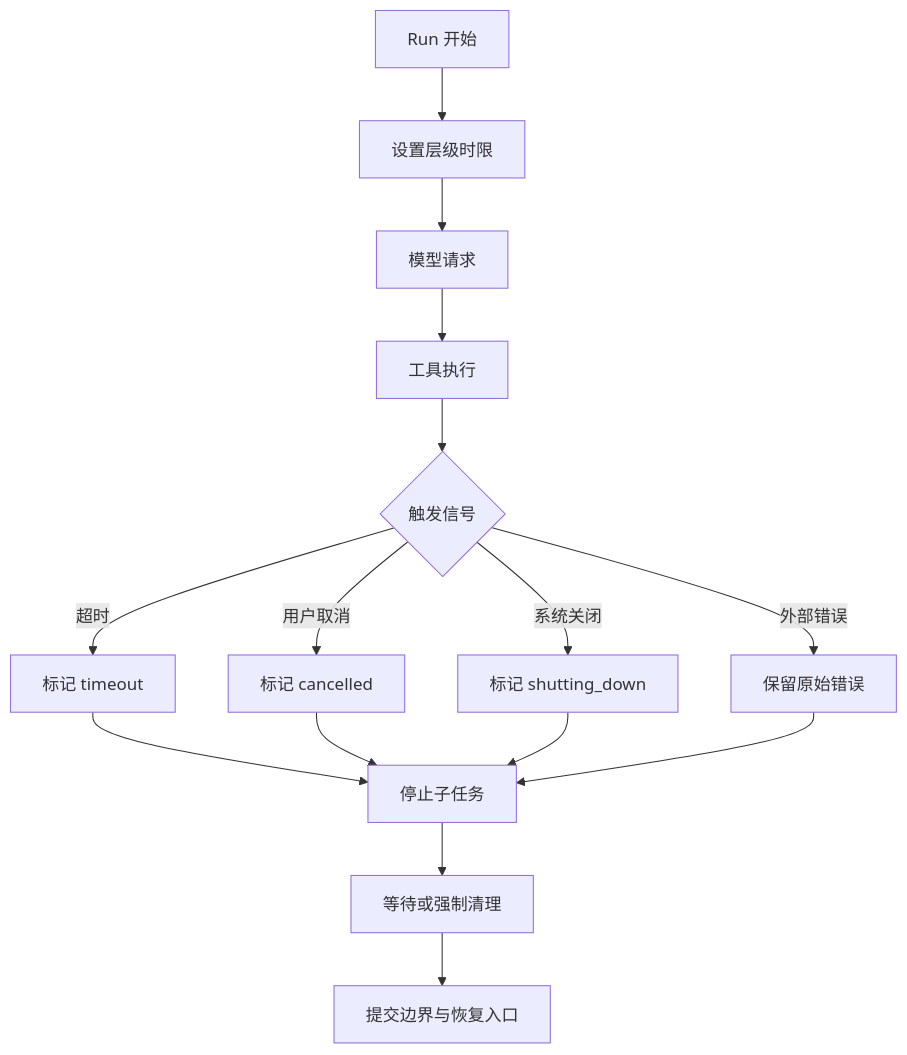
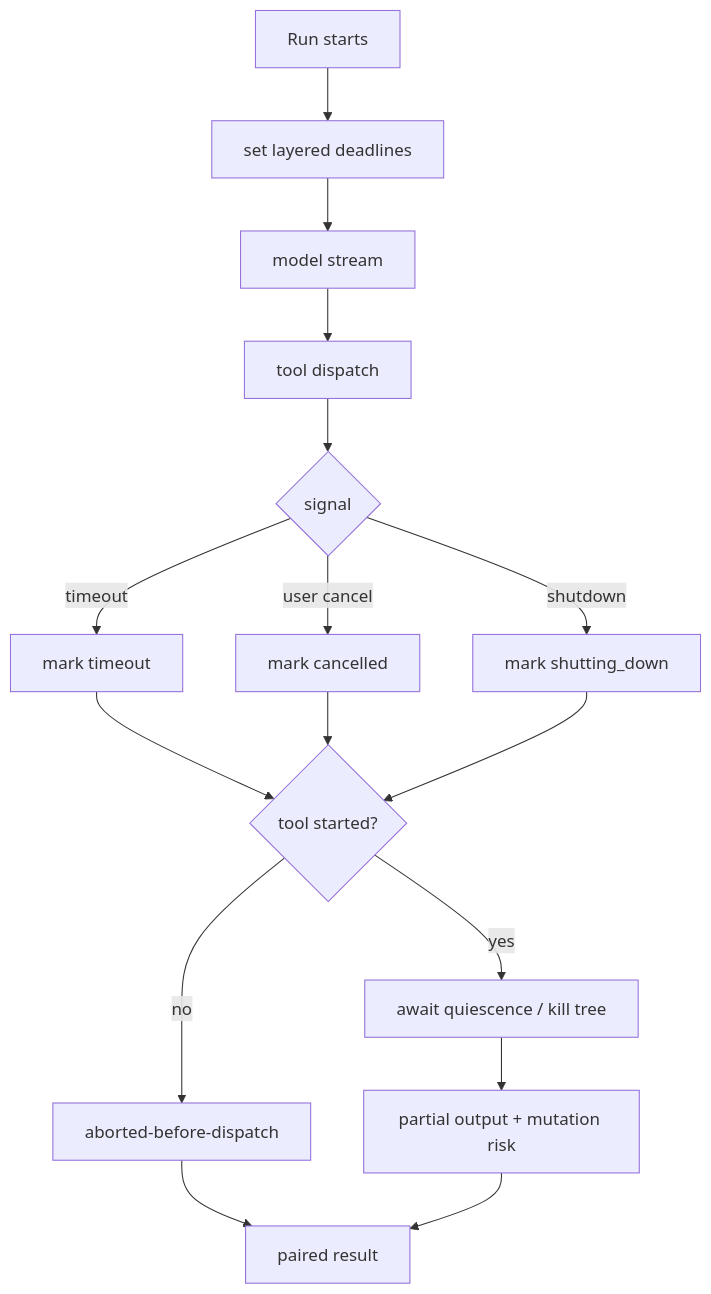
Before and after one commit to xiaoslin9153/awesome-agent-harness-tutorial: the first of 2 diagrams in tutorial/zh-CN/02-harness-mechanics/timeout-cancellation.md, drawn with Mermaid. The commit also changed other lines of this file and 3 other files, not shown here.

````diff
--- a/tutorial/zh-CN/02-harness-mechanics/timeout-cancellation.md
+++ b/tutorial/zh-CN/02-harness-mechanics/timeout-cancellation.md
@@ -34,17 +55,18 @@
 ```mermaid
 flowchart TD
-  A[Run 开始] --> B[设置层级时限]
-  B --> C[模型请求]
-  C --> D[工具执行]
-  D --> E{触发信号}
-  E -- 超时 --> F[标记 timeout]
-  E -- 用户取消 --> G[标记 cancelled]
-  E -- 系统关闭 --> H[标记 shutting_down]
-  E -- 外部错误 --> I[保留原始错误]
-  F --> J[停止子任务]
-  G --> J
-  H --> J
-  I --> J
-  J --> K[等待或强制清理]
-  K --> L[提交边界与恢复入口]
+  A[Run starts] --> B[set layered deadlines]
+  B --> C[model stream]
+  C --> D[tool dispatch]
+  D --> E{signal}
+  E -- timeout --> F[mark timeout]
+  E -- user cancel --> G[mark cancelled]
+  E -- shutdown --> H[mark shutting_down]
+  F --> I{tool started?}
+  G --> I
+  H --> I
+  I -- no --> J[aborted-before-dispatch]
+  I -- yes --> K[await quiescence / kill tree]
+  K --> L[partial output + mutation risk]
+  J --> M[paired result]
+  L --> M
 ```
````
